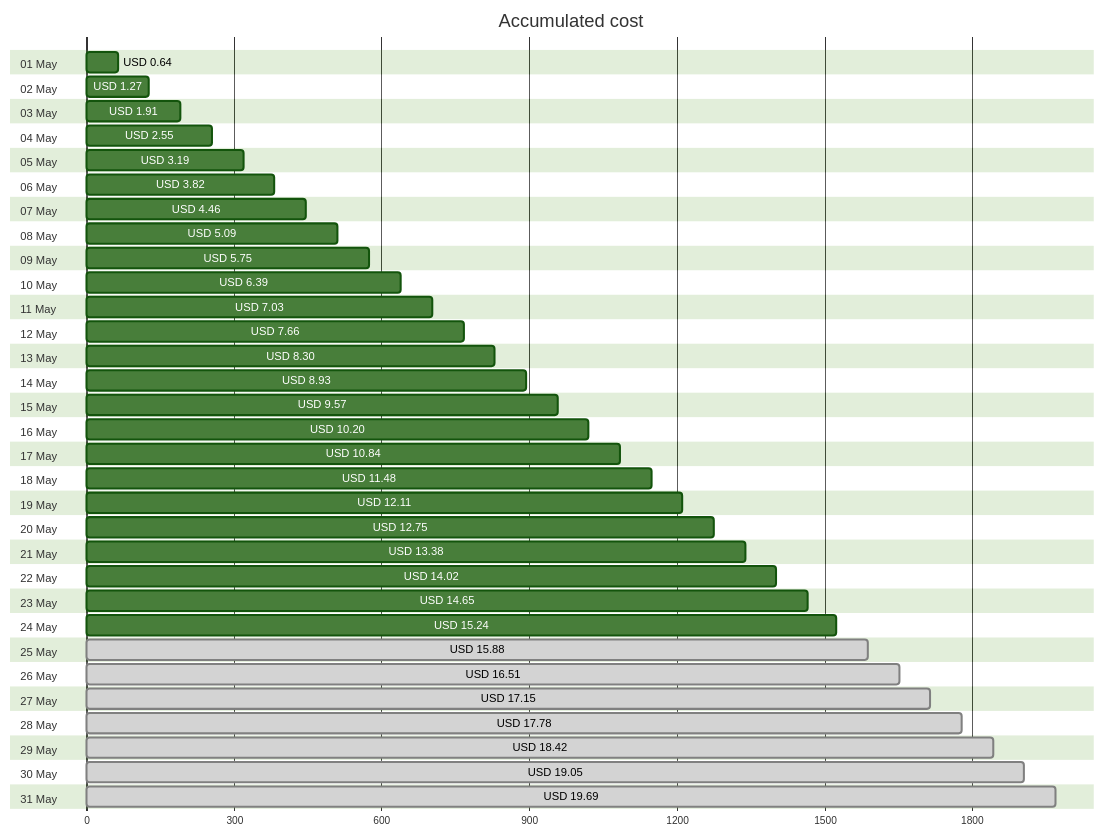
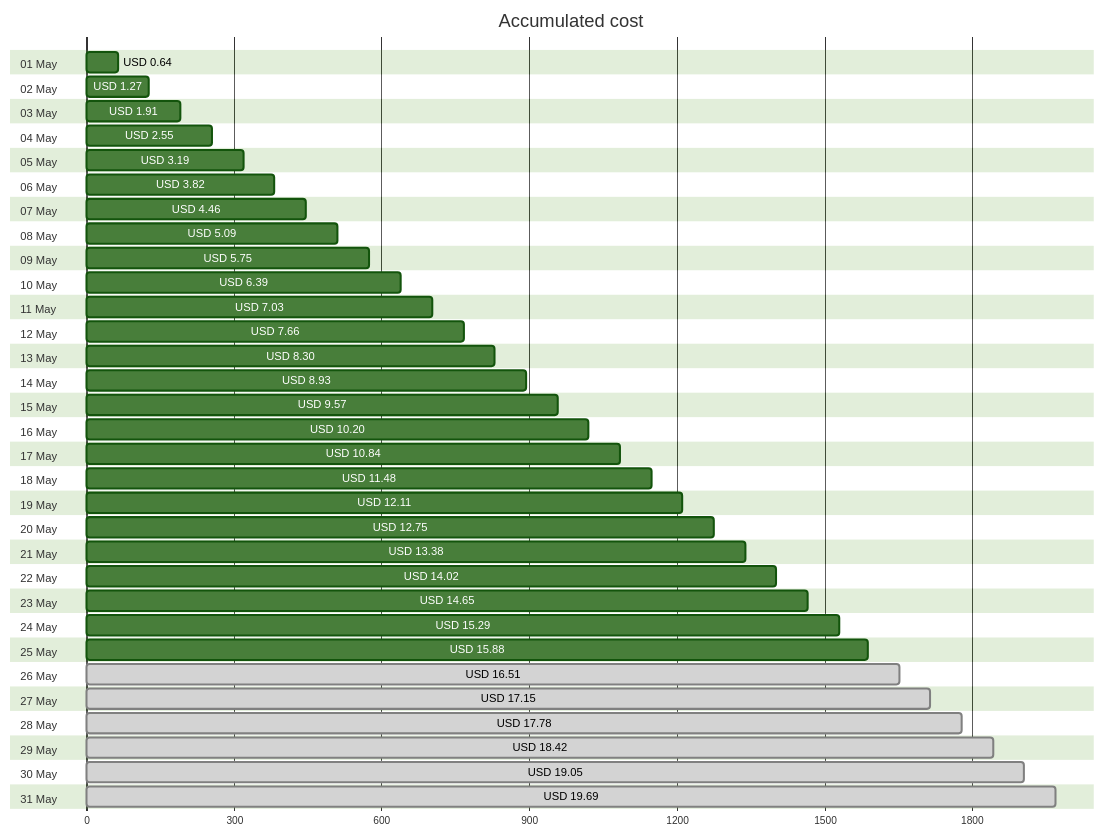
Before and after one commit to jpfulton/azure-personal-reports: the first of 4 diagrams in cost-reports/accumulated-cost.md, drawn with Mermaid (forest theme). The commit also changed other lines of this file and 4 other files, not shown here.

````diff
--- a/cost-reports/accumulated-cost.md
+++ b/cost-reports/accumulated-cost.md
@@ -20,68 +20,68 @@
 ```mermaid
 gantt
    title Accumulated cost
    dateFormat  X
    axisFormat %s
    section 01 May
    USD 0.64 :0, 64
    section 02 May
    USD 1.27 :0, 127
    section 03 May
    USD 1.91 :0, 191
    section 04 May
    USD 2.55 :0, 255
    section 05 May
    USD 3.19 :0, 319
    section 06 May
    USD 3.82 :0, 382
    section 07 May
    USD 4.46 :0, 446
    section 08 May
    USD 5.09 :0, 509
    section 09 May
    USD 5.75 :0, 575
    section 10 May
    USD 6.39 :0, 639
    section 11 May
    USD 7.03 :0, 703
    section 12 May
    USD 7.66 :0, 766
    section 13 May
    USD 8.30 :0, 830
    section 14 May
    USD 8.93 :0, 893
    section 15 May
    USD 9.57 :0, 957
    section 16 May
    USD 10.20 :0, 1020
    section 17 May
    USD 10.84 :0, 1084
    section 18 May
    USD 11.48 :0, 1148
    section 19 May
    USD 12.11 :0, 1211
    section 20 May
    USD 12.75 :0, 1275
    section 21 May
    USD 13.38 :0, 1338
    section 22 May
    USD 14.02 :0, 1402
    section 23 May
    USD 14.65 :0, 1465
    section 24 May
-   USD 15.24 :0, 1524
+   USD 15.29 :0, 1529
    section 25 May
-   USD 15.88 : done, 0, 1588
+   USD 15.88 :0, 1588
    section 26 May
    USD 16.51 : done, 0, 1651
    section 27 May
    USD 17.15 : done, 0, 1715
    section 28 May
    USD 17.78 : done, 0, 1778
    section 29 May
    USD 18.42 : done, 0, 1842
    section 30 May
    USD 19.05 : done, 0, 1905
    section 31 May
    USD 19.69 : done, 0, 1969
 ```
````
